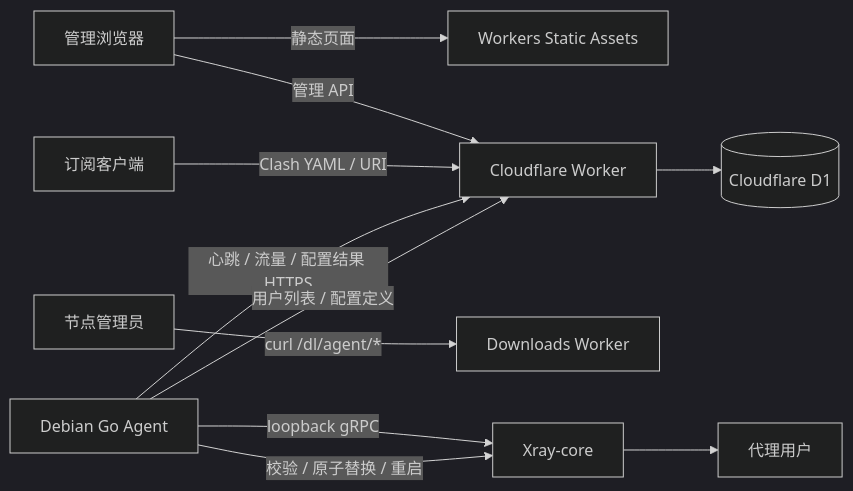
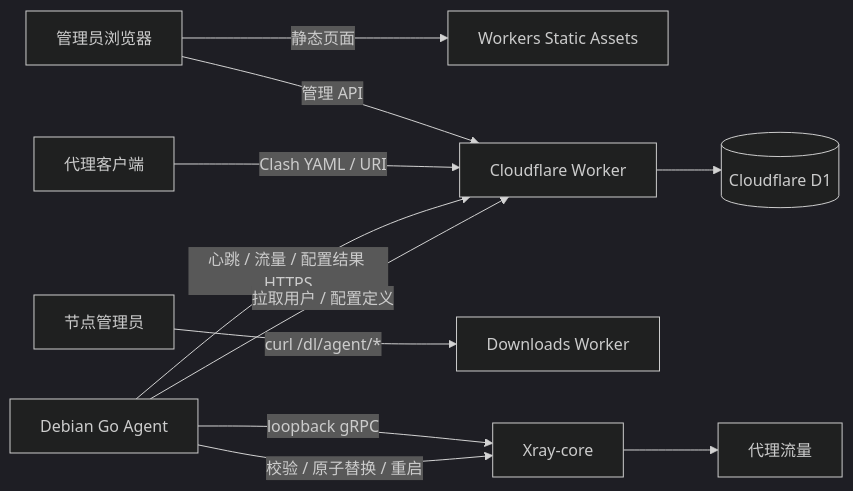
The diagram in docs/architecture.md (CrKcel/Zako-Panel), drawn with Mermaid (dark theme) before and after one commit. The commit also changed other lines of this file and 11 other files, not shown here.

````diff
--- a/docs/architecture.md
+++ b/docs/architecture.md
@@ -62,13 +66,13 @@
 ```mermaid
 flowchart LR
-    Browser[管理浏览器] -->|静态页面| Assets[Workers Static Assets]
+    Browser[管理员浏览器] -->|静态页面| Assets[Workers Static Assets]
     Browser -->|管理 API| Worker[Cloudflare Worker]
-    Client[订阅客户端] -->|Clash YAML / URI| Worker
+    Client[代理客户端] -->|Clash YAML / URI| Worker
     NodeAdmin[节点管理员] -->|curl /dl/agent/*| Downloads[Downloads Worker]
     Worker --> D1[(Cloudflare D1)]
     Agent[Debian Go Agent] -->|心跳 / 流量 / 配置结果 HTTPS| Worker
-    Agent -->|用户列表 / 配置定义| Worker
+    Agent -->|拉取用户 / 配置定义| Worker
     Agent -->|loopback gRPC| Xray[Xray-core]
     Agent -->|校验 / 原子替换 / 重启| Xray
-    Xray --> Users[代理用户]
+    Xray --> Users[代理流量]
 ```
````
